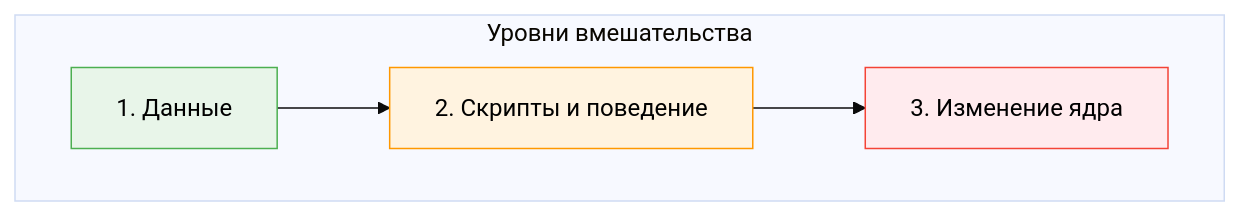
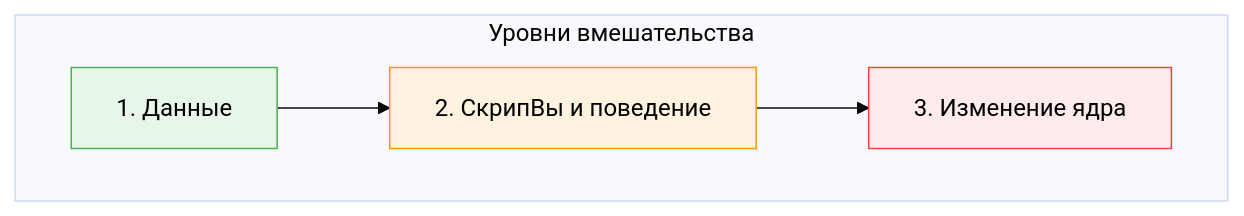
One commit to Spirzen/it-knowledge-base changed the first of 2 diagrams in docs/encyclopedia/9-spinoff/9-11-dlya-detey/2-video-games/13.md. Above: the diagram before and after it, drawn with Mermaid (base theme). The commit also changed other lines of this file and 1180 other files, not shown here.

````diff
--- a/docs/encyclopedia/9-spinoff/9-11-dlya-detey/2-video-games/13.md
+++ b/docs/encyclopedia/9-spinoff/9-11-dlya-detey/2-video-games/13.md
@@ -102,23 +102,23 @@
 ```mermaid
 flowchart TD
     classDef Данные fill:#4CAF50,stroke:#388E3C,color:black;
     classDef scripts fill:#FF9800,stroke:#EF6C00,color:black;
     classDef core fill:#F44336,stroke:#D32F2F,color:black;
 
     subgraph "Уровни вмешательства"
         A[1. Данные]:::Данные
-        B[2. Скрипты и поведение]:::scripts
+        B[2. СкрипВы и поведение]:::scripts
         C[3. Изменение ядра]:::core
     end
 
     A --> B
     B -->C
 
     style A fill:#E8F5E9,stroke:#4CAF50
     style B fill:#FFF3E0,stroke:#FF9800
     style C fill:#FFEBEE,stroke:#F44336
 
     class A Данные
     class B scripts
     class C core
 ```
````
